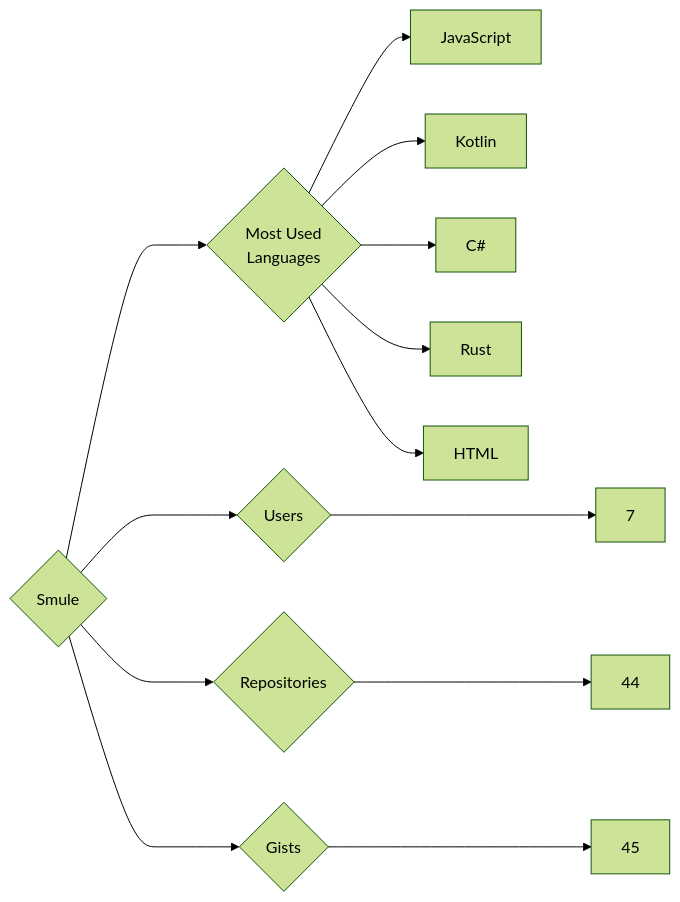
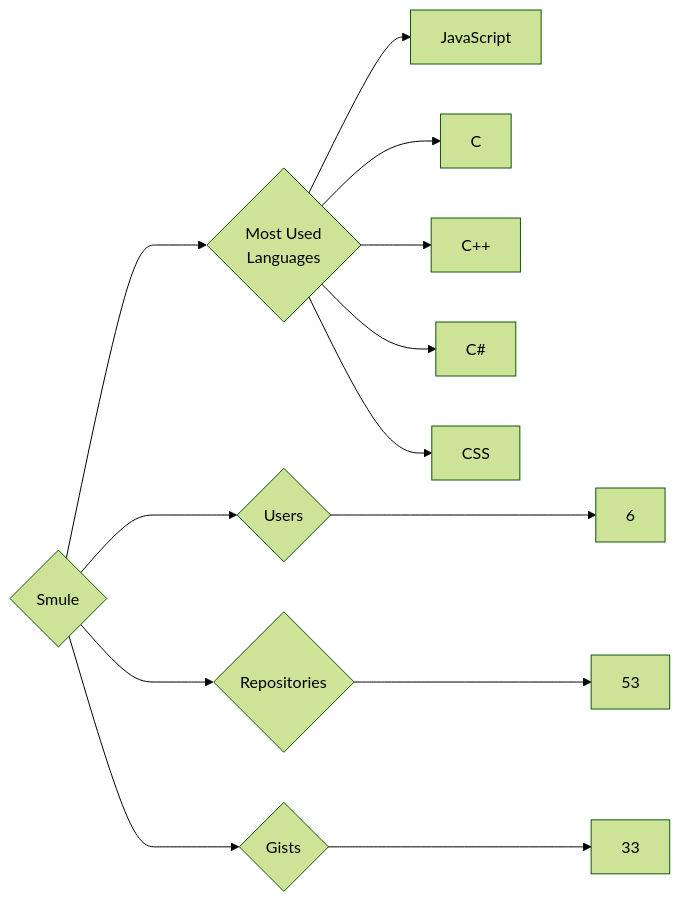
The diagram in targets/Smule/README.md (trickest/insiders), drawn with Mermaid (forest theme) before and after one commit. The commit also changed 835 other files, not shown here.

````diff
--- a/targets/Smule/README.md
+++ b/targets/Smule/README.md
@@ -3,13 +3,13 @@
 ```mermaid
 graph LR
 COMPANY_NAME{Smule}
-COMPANY_NAME ---> U{Users} ---> UN[7]
-COMPANY_NAME ---> R{Repositories} ---> RN[44]
-COMPANY_NAME ---> G{Gists} ---> GN[45]
+COMPANY_NAME ---> U{Users} ---> UN[6]
+COMPANY_NAME ---> R{Repositories} ---> RN[53]
+COMPANY_NAME ---> G{Gists} ---> GN[33]
 COMPANY_NAME ---> ML{Most Used<br>Languages}
 ML --> JavaScript[JavaScript]
-ML --> Kotlin[Kotlin]
+ML --> C[C]
+ML --> C++[C++]
 ML --> C#[C#]
-ML --> Rust[Rust]
-ML --> HTML[HTML]
+ML --> CSS[CSS]
 ```
````
